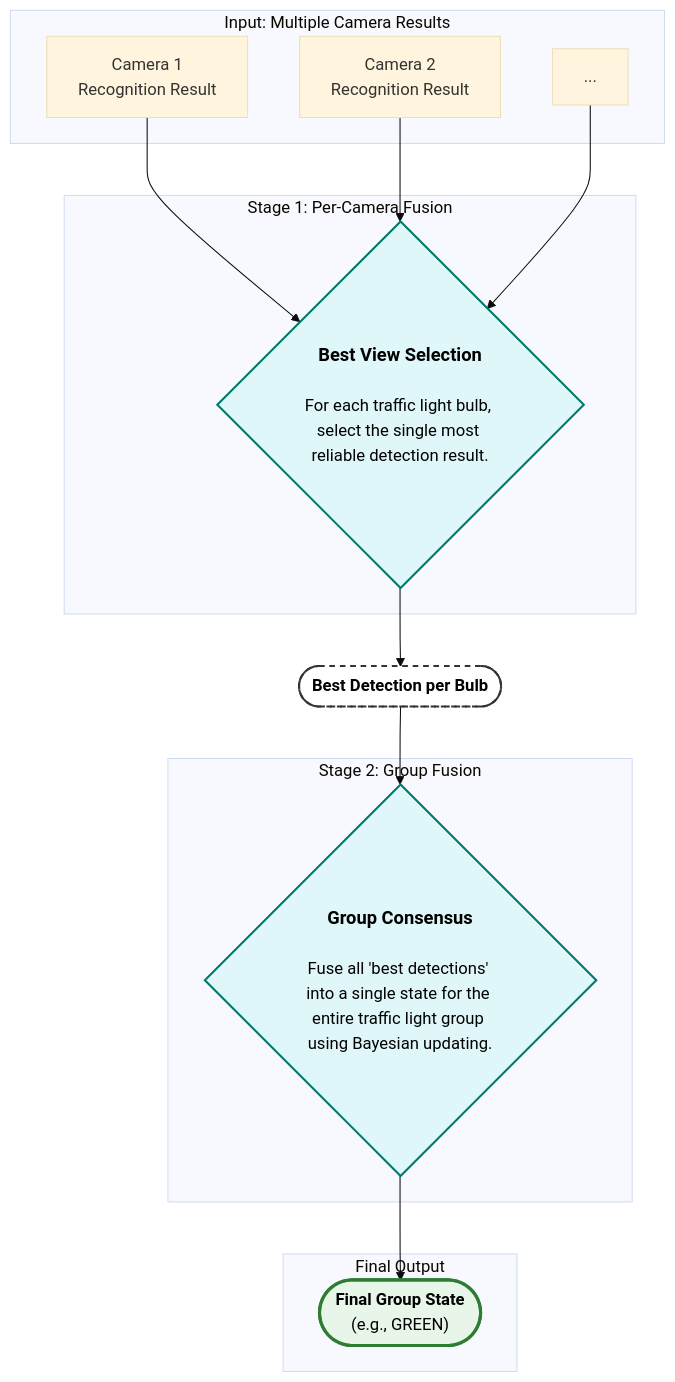
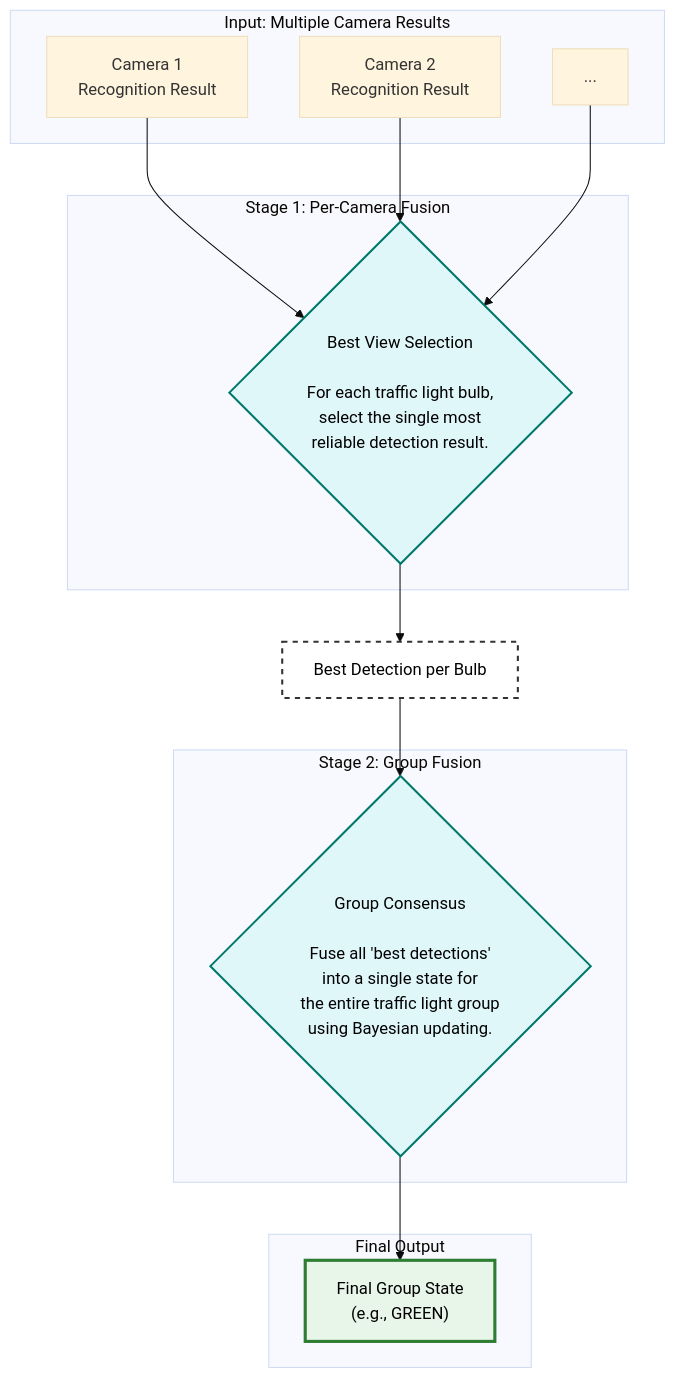
The second of 2 diagrams in perception/autoware_traffic_light_multi_camera_fusion/README.md (autowarefoundation/autoware_universe), drawn with Mermaid (base theme) before and after one commit. The commit also changed other lines of this file, not shown here.

Commit message:
doc: fix mermaid error

````diff
--- a/perception/autoware_traffic_light_multi_camera_fusion/README.md
+++ b/perception/autoware_traffic_light_multi_camera_fusion/README.md
@@ -41,34 +41,34 @@
 ```mermaid
 graph TD
     subgraph "Input: Multiple Camera Results"
         A["Camera 1<br>Recognition Result"]
         B["Camera 2<br>Recognition Result"]
         C["..."]
     end
 
     subgraph "Stage 1: Per-Camera Fusion"
-        D{<div style="font-weight:bold; font-size:1.1em;">Best View Selection</div><br>For each traffic light bulb, select the single most reliable detection result.}
+        D{"Best View Selection<br><br>For each traffic light bulb,<br>select the single most<br>reliable detection result."}
     end
 
-    E(["<b>Best Detection per Bulb</b>"])
+    E["Best Detection per Bulb"]
 
     subgraph "Stage 2: Group Fusion"
-        F{<div style="font-weight:bold; font-size:1.1em;">Group Consensus</div><br>Fuse all 'best detections' into a single state for the entire traffic light group using Bayesian updating.}
+        F{"Group Consensus<br><br>Fuse all 'best detections'<br>into a single state for<br>the entire traffic light group<br>using Bayesian updating."}
     end
 
     subgraph "Final Output"
-        G(["<b>Final Group State</b><br>(e.g., GREEN)"])
+        G["Final Group State<br>(e.g., GREEN)"]
     end
 
     A --> D
     B --> D
     C --> D
     D --> E
     E --> F
     F --> G
 
     style D fill:#e0f7fa,stroke:#00796b,stroke-width:2px,color:black
     style F fill:#e0f7fa,stroke:#00796b,stroke-width:2px,color:black
     style E fill:#fff,stroke:#333,stroke-width:2px,stroke-dasharray: 5 5,color:black
     style G fill:#e8f5e9,stroke:#2e7d32,stroke-width:3px,color:black
 ```
````
